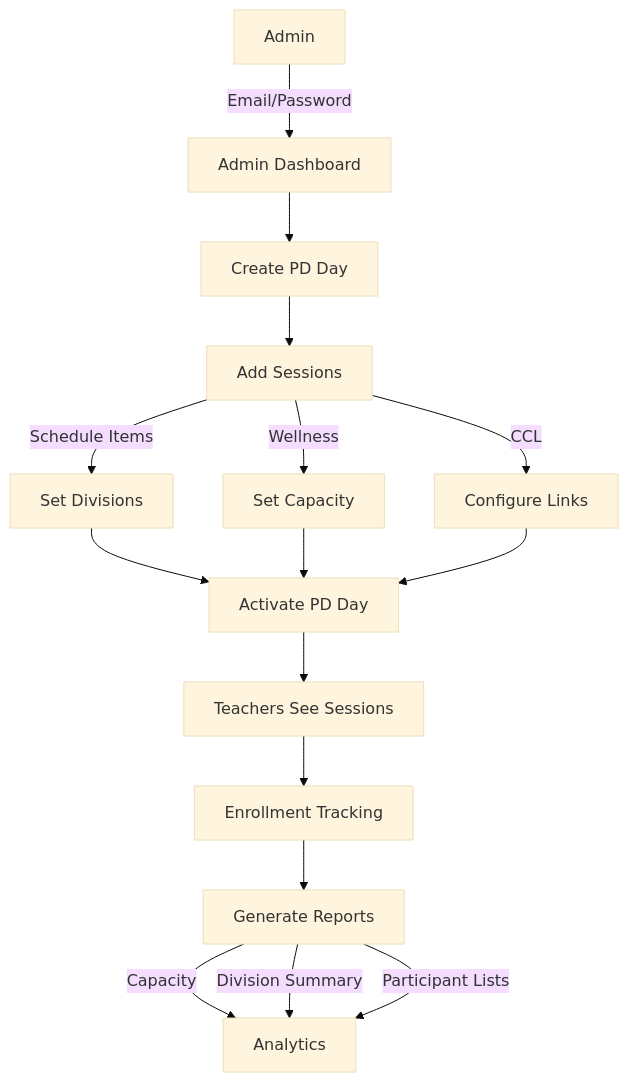
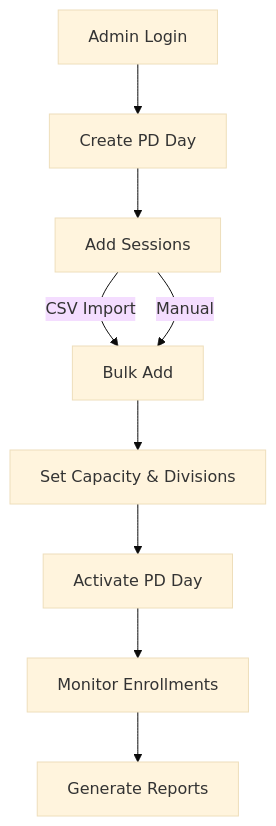
The second of 2 diagrams in README.md (rottnerin/tlcapp), drawn with Mermaid (base theme) before and after one commit. The commit also changed other lines of this file, not shown here.

````diff
--- a/README.md
+++ b/README.md
@@ -101,18 +58,11 @@
 ```mermaid
 graph TD
-    A[Admin] -->|Email/Password| B[Admin Dashboard]
-    B --> C[Create PD Day]
-    C --> D[Add Sessions]
-    D -->|Schedule Items| E[Set Divisions]
-    D -->|Wellness| F[Set Capacity]
-    D -->|CCL| G[Configure Links]
-    E --> H[Activate PD Day]
-    F --> H
-    G --> H
-    H --> I[Teachers See Sessions]
-    I --> J[Enrollment Tracking]
-    J --> K[Generate Reports]
-    K -->|Capacity| L[Analytics]
-    K -->|Division Summary| L
-    K -->|Participant Lists| L
+    A[Admin Login] --> B[Create PD Day]
+    B --> C[Add Sessions]
+    C -->|CSV Import| D[Bulk Add]
+    C -->|Manual| D
+    D --> E[Set Capacity & Divisions]
+    E --> F[Activate PD Day]
+    F --> G[Monitor Enrollments]
+    G --> H[Generate Reports]
 ```
````
